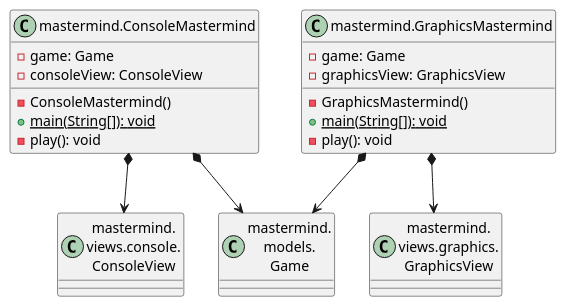
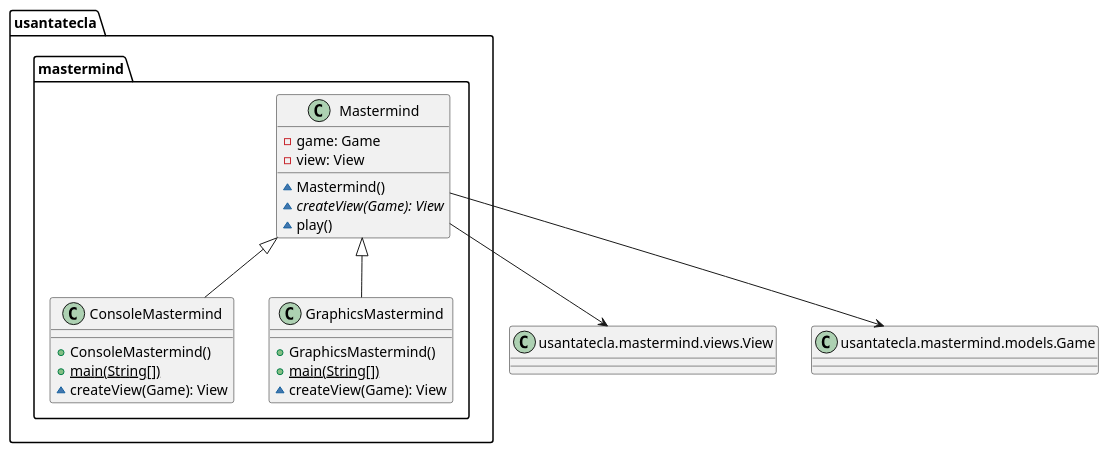
One commit to SantaTecla-mastermind/solution.java.swing.socket.sql changed the first of 6 diagrams in documentView/withFactoryMethod/docs/diagrams/src/paquetes.plantuml. Above: the diagram before and after it, drawn with PlantUML. The commit also changed other lines of this file and 12 other files, not shown here.

Commit message:
DocumentView.WithFactoryMethod diagrams 2.0

```diff
--- a/documentView/withFactoryMethod/docs/diagrams/src/paquetes.plantuml
+++ b/documentView/withFactoryMethod/docs/diagrams/src/paquetes.plantuml
@@ -1,26 +1,35 @@
 @startuml mastermind
-class ConsoleMastermind as "mastermind.ConsoleMastermind"{
+class  usantatecla.mastermind.ConsoleMastermind{
++ ConsoleMastermind()
++ {static} main(String[]) 
+~ createView(Game): View
+}
+usantatecla.mastermind.Mastermind <|-down- usantatecla.mastermind.ConsoleMastermind
+
+class  usantatecla.mastermind.GraphicsMastermind{
++ GraphicsMastermind()
++ {static} main(String[]) 
+~ createView(Game): View
+}
+usantatecla.mastermind.Mastermind <|-down- usantatecla.mastermind.GraphicsMastermind
+
+class  usantatecla.mastermind.Mastermind{
 - game: Game
-- consoleView: ConsoleView
-- ConsoleMastermind()
-+ {static} main(String[]): void
-- play(): void
+- view: View
+~ Mastermind()
+~ {abstract} createView(Game): View
+~ play() 
 }
 
-class GraphicsMastermind as "mastermind.GraphicsMastermind"{
-- game: Game
-- graphicsView: GraphicsView
-- GraphicsMastermind()
-+ {static} main(String[]): void
-- play(): void
+class View as "usantatecla.mastermind.views.View"{
+
 }
 
-class ConsoleView as "mastermind.\nviews.console.\nConsoleView"{}
-class GraphicsView as "mastermind.\nviews.graphics.\nGraphicsView"{}
-class Game as "mastermind.\nmodels.\nGame"{}
-ConsoleMastermind *-down-> ConsoleView
-ConsoleMastermind *-down-> Game
-GraphicsMastermind *-down-> GraphicsView
-GraphicsMastermind *-down-> Game
+Class Game as "usantatecla.mastermind.models.Game"{
+
+}
+
+usantatecla.mastermind.Mastermind --> View
+usantatecla.mastermind.Mastermind --> Game
 
 @enduml
```
